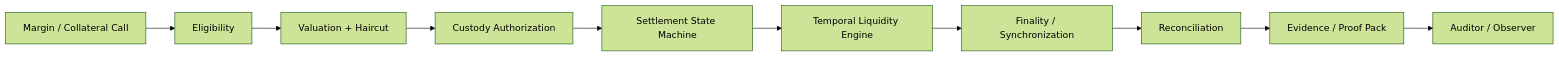
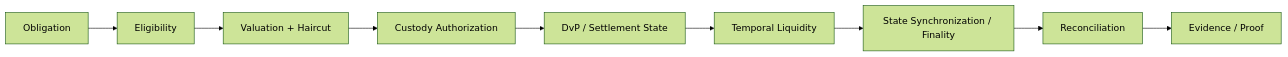
Before and after one commit to vishnugovind10/institutional-digital-collateral-stack: the diagram in README.md, drawn with Mermaid (forest theme). The commit also changed other lines of this file and 20 other files, not shown here.

````diff
--- a/README.md
+++ b/README.md
@@ -39,12 +26,11 @@
 ```mermaid
 flowchart LR
-    M["Margin / Collateral Call"] --> E["Eligibility"]
+    O["Obligation"] --> E["Eligibility"]
     E --> V["Valuation + Haircut"]
     V --> C["Custody Authorization"]
-    C --> S["Settlement State Machine"]
-    S --> L["Temporal Liquidity Engine"]
-    L --> F["Finality / Synchronization"]
+    C --> S["DvP / Settlement State"]
+    S --> L["Temporal Liquidity"]
+    L --> F["State Synchronization / Finality"]
     F --> R["Reconciliation"]
-    R --> P["Evidence / Proof Pack"]
-    P --> A["Auditor / Observer"]
+    R --> P["Evidence / Proof"]
 ```
````
